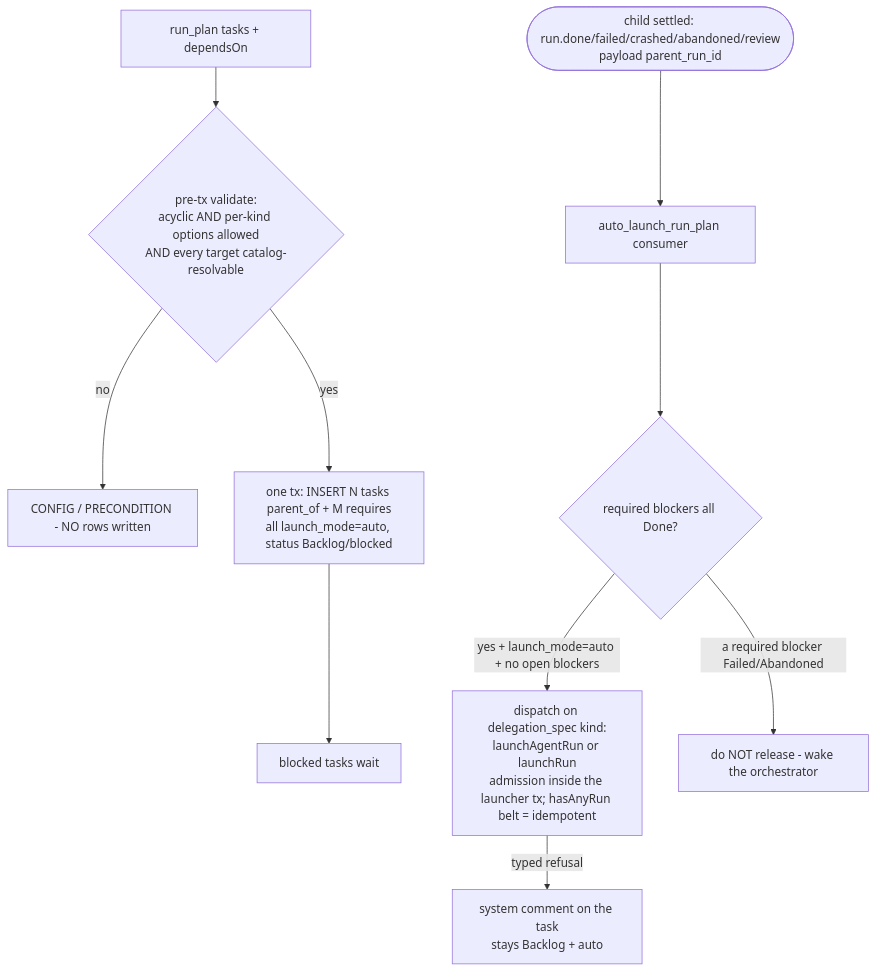
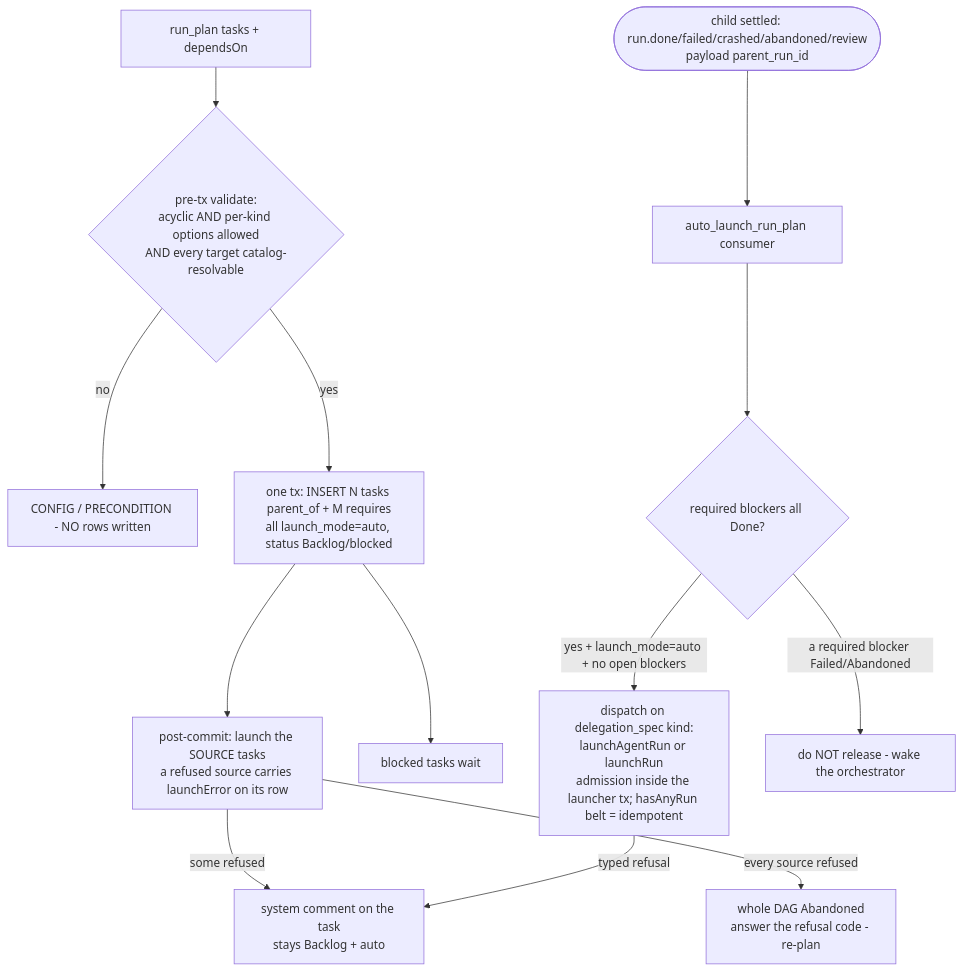
Before and after one commit to maister-dev/maister: the fourth of 9 diagrams in docs/system-analytics/orchestrator.md, drawn with Mermaid. The commit also changed other lines of this file and 7 other files, not shown here.

First line of the commit message:
fix(delegation): make run_plan's source-launch outcome truthful and abandon a plan nothing will run

````diff
--- a/docs/system-analytics/orchestrator.md
+++ b/docs/system-analytics/orchestrator.md
@@ -202,12 +210,15 @@
 ```mermaid
 flowchart TD
     RP[run_plan tasks + dependsOn] --> V{pre-tx validate:<br/>acyclic AND per-kind options allowed<br/>AND every target catalog-resolvable}
     V -- no --> CFG[CONFIG / PRECONDITION - NO rows written]
     V -- yes --> TX[one tx: INSERT N tasks parent_of + M requires<br/>all launch_mode=auto, status Backlog/blocked]
+    TX --> SRC[post-commit: launch the SOURCE tasks<br/>a refused source carries launchError on its row]
+    SRC -- some refused --> NOTE
+    SRC -- every source refused --> ABN[whole DAG Abandoned<br/>answer the refusal code - re-plan]
     TX --> WAIT[blocked tasks wait]
     CT([child settled: run.done/failed/crashed/abandoned/review<br/>payload parent_run_id]) --> AL[auto_launch_run_plan consumer]
     AL --> Q{required blockers all Done?}
     Q -- yes + launch_mode=auto + no open blockers --> LAU[dispatch on delegation_spec kind:<br/>launchAgentRun or launchRun<br/>admission inside the launcher tx; hasAnyRun belt = idempotent]
     LAU -- typed refusal --> NOTE[system comment on the task<br/>stays Backlog + auto]
     Q -- a required blocker Failed/Abandoned --> WK[do NOT release - wake the orchestrator]
 ```
````
